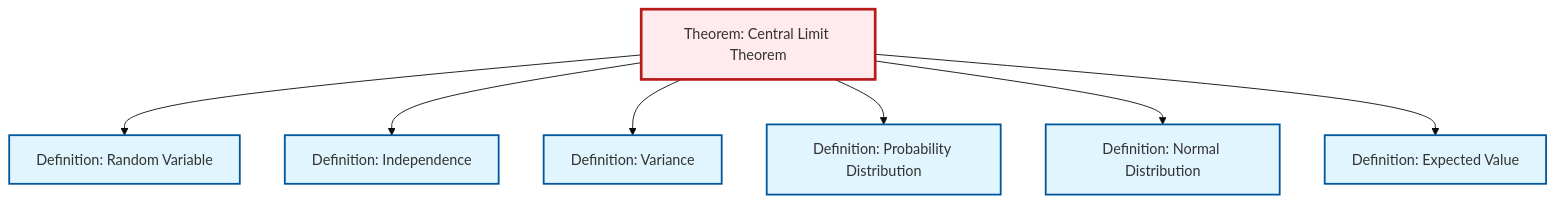
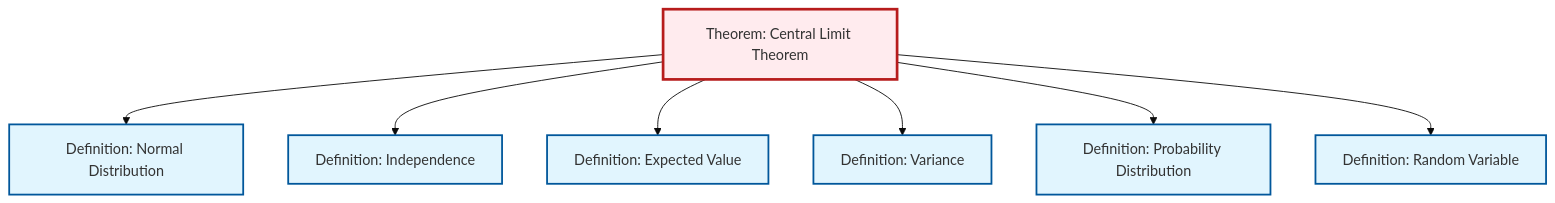
One commit to RK0429/ModernMath changed the diagram in output/mermaid/thm-central-limit.mermaid. Above: the diagram before and after it, drawn with Mermaid (base theme). The commit also changed other lines of this file and 654 other files, not shown here.

```diff
--- a/output/mermaid/thm-central-limit.mermaid
+++ b/output/mermaid/thm-central-limit.mermaid
@@ -1,21 +1,21 @@
 %%| fig-cap: "Local dependency graph"
 graph TD
     classDef definition fill:#e1f5fe,stroke:#01579b,stroke-width:2px
     classDef theorem fill:#f3e5f5,stroke:#4a148c,stroke-width:2px
     classDef axiom fill:#fff3e0,stroke:#e65100,stroke-width:2px
     classDef example fill:#e8f5e9,stroke:#1b5e20,stroke-width:2px
     classDef current fill:#ffebee,stroke:#b71c1c,stroke-width:3px
+    def-expectation["Definition: Expected Value"]:::definition
+    def-normal-distribution["Definition: Normal Distribution"]:::definition
+    def-probability-distribution["Definition: Probability Distribution"]:::definition
+    def-variance["Definition: Variance"]:::definition
+    def-random-variable["Definition: Random Variable"]:::definition
+    thm-central-limit["Theorem: Central Limit Theorem"]:::theorem
     def-independence["Definition: Independence"]:::definition
-    thm-central-limit["Theorem: Central Limit Theorem"]:::theorem
-    def-expectation["Definition: Expected Value"]:::definition
-    def-variance["Definition: Variance"]:::definition
-    def-probability-distribution["Definition: Probability Distribution"]:::definition
-    def-normal-distribution["Definition: Normal Distribution"]:::definition
-    def-random-variable["Definition: Random Variable"]:::definition
-    thm-central-limit --> def-random-variable
+    thm-central-limit --> def-normal-distribution
     thm-central-limit --> def-independence
+    thm-central-limit --> def-expectation
     thm-central-limit --> def-variance
     thm-central-limit --> def-probability-distribution
-    thm-central-limit --> def-normal-distribution
-    thm-central-limit --> def-expectation
+    thm-central-limit --> def-random-variable
     class thm-central-limit current
```
